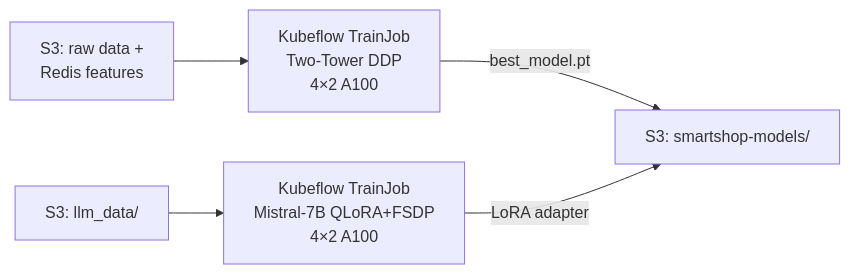
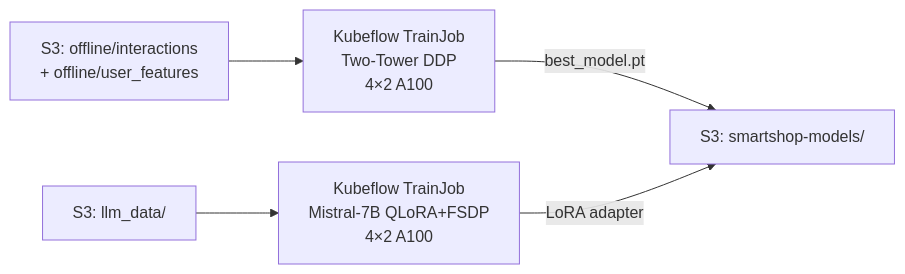
One commit to abhijeet-dhumal/prod-ml-demo changed the second of 5 diagrams in notebooks/demo/README.md. Above: the diagram before and after it, drawn with Mermaid. The commit also changed other lines of this file and 17 other files, not shown here.

````diff
--- a/notebooks/demo/README.md
+++ b/notebooks/demo/README.md
@@ -107,7 +109,7 @@
 ```mermaid
 flowchart LR
-    Raw["S3: raw data +\nRedis features"] --> RecTrain["Kubeflow TrainJob\nTwo-Tower DDP\n4×2 A100"]
+    Raw["S3: offline/interactions\n+ offline/user_features"] --> RecTrain["Kubeflow TrainJob\nTwo-Tower DDP\n4×2 A100"]
     RecTrain -->|"best_model.pt"| S3M["S3: smartshop-models/"]
     LLMData["S3: llm_data/"] --> LLMTrain["Kubeflow TrainJob\nMistral-7B QLoRA+FSDP\n4×2 A100"]
     LLMTrain -->|"LoRA adapter"| S3M
 ```
````
